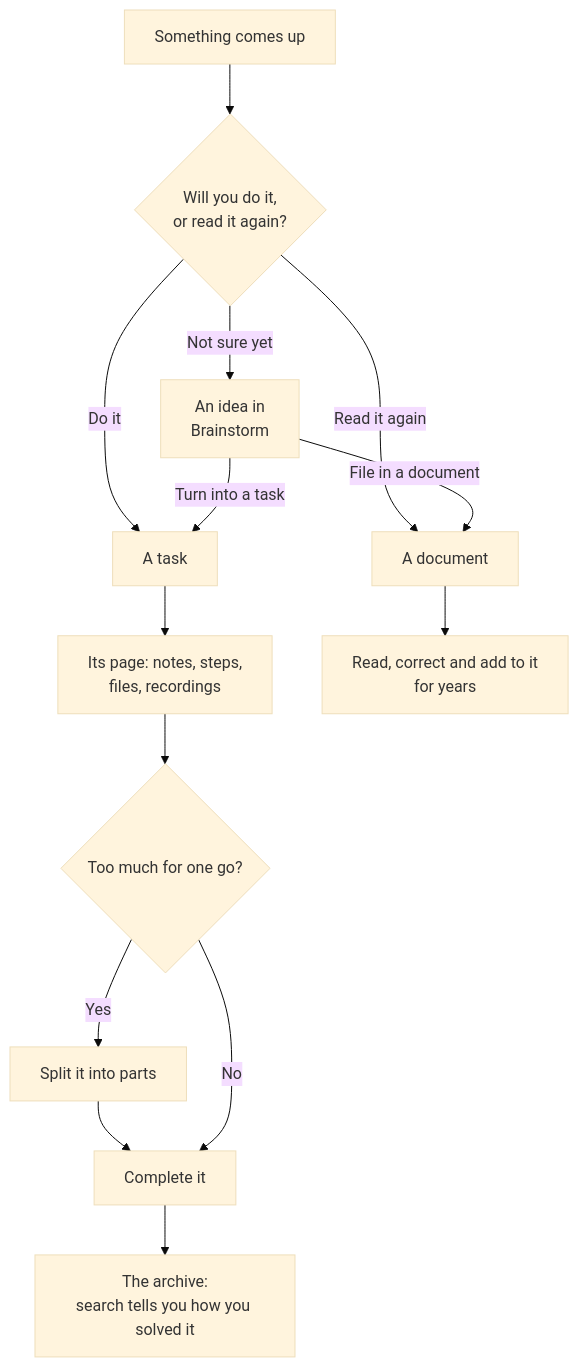
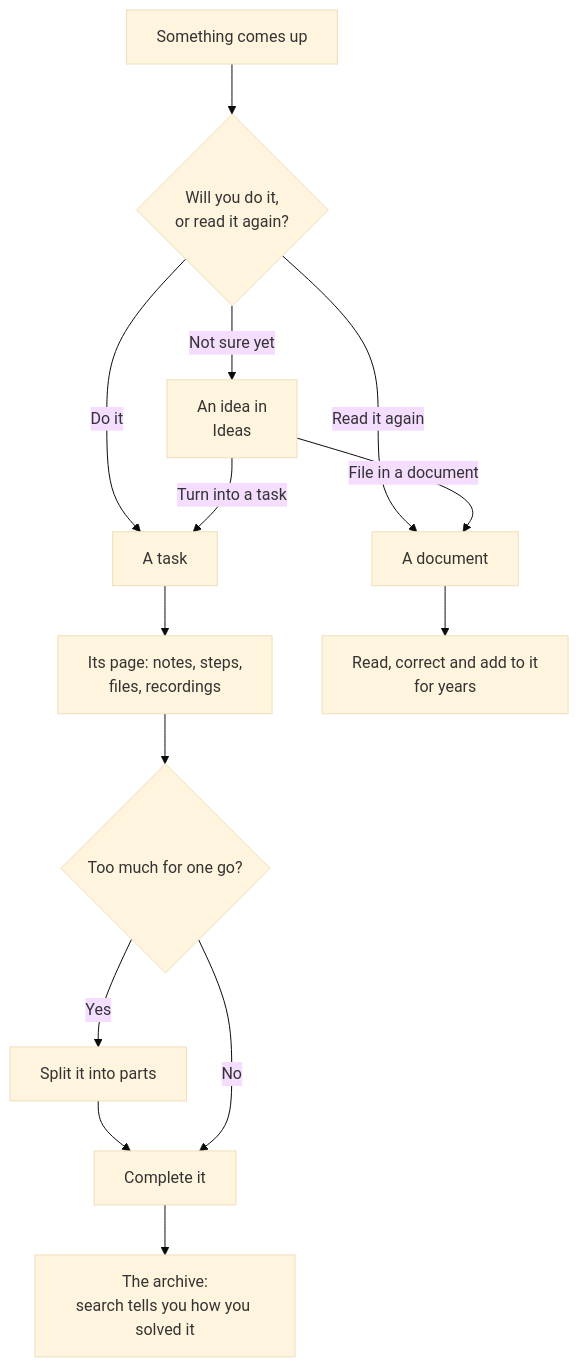
The first of 4 diagrams in app/src-tauri/resources/guide/en/guide.md (rgdevment/Tisty), drawn with Mermaid (base theme) before and after one commit. The commit also changed other lines of this file and 30 other files, not shown here.

Commit message:
docs(brainsty): guide and help show the amber curve of what is alike, and Brainstorm is now Ideas

````diff
--- a/app/src-tauri/resources/guide/en/guide.md
+++ b/app/src-tauri/resources/guide/en/guide.md
@@ -44,16 +44,16 @@
 ```mermaid
 flowchart TD
   A[Something comes up] --> B{Will you do it,<br/>or read it again?}
   B -->|Do it| T[A task]
   B -->|Read it again| D[A document]
-  B -->|Not sure yet| I[An idea in<br/>Brainstorm]
+  B -->|Not sure yet| I[An idea in<br/>Ideas]
   I -->|Turn into a task| T
   I -->|File in a document| D
   T --> P[Its page: notes, steps,<br/>files, recordings]
   P --> S{Too much for one go?}
   S -->|Yes| K[Split it into parts]
   K --> C
   S -->|No| C[Complete it]
   C --> R[The archive:<br/>search tells you how you solved it]
   D --> G[Read, correct and add to it<br/>for years]
 ```
````
